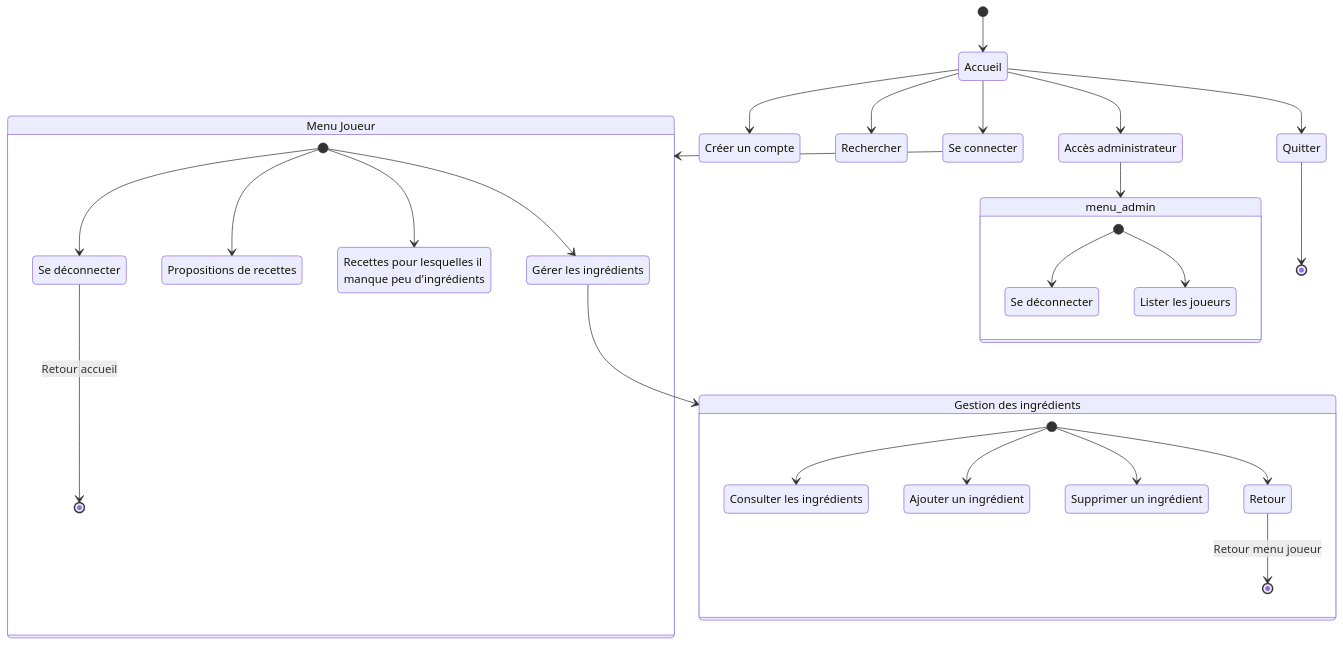
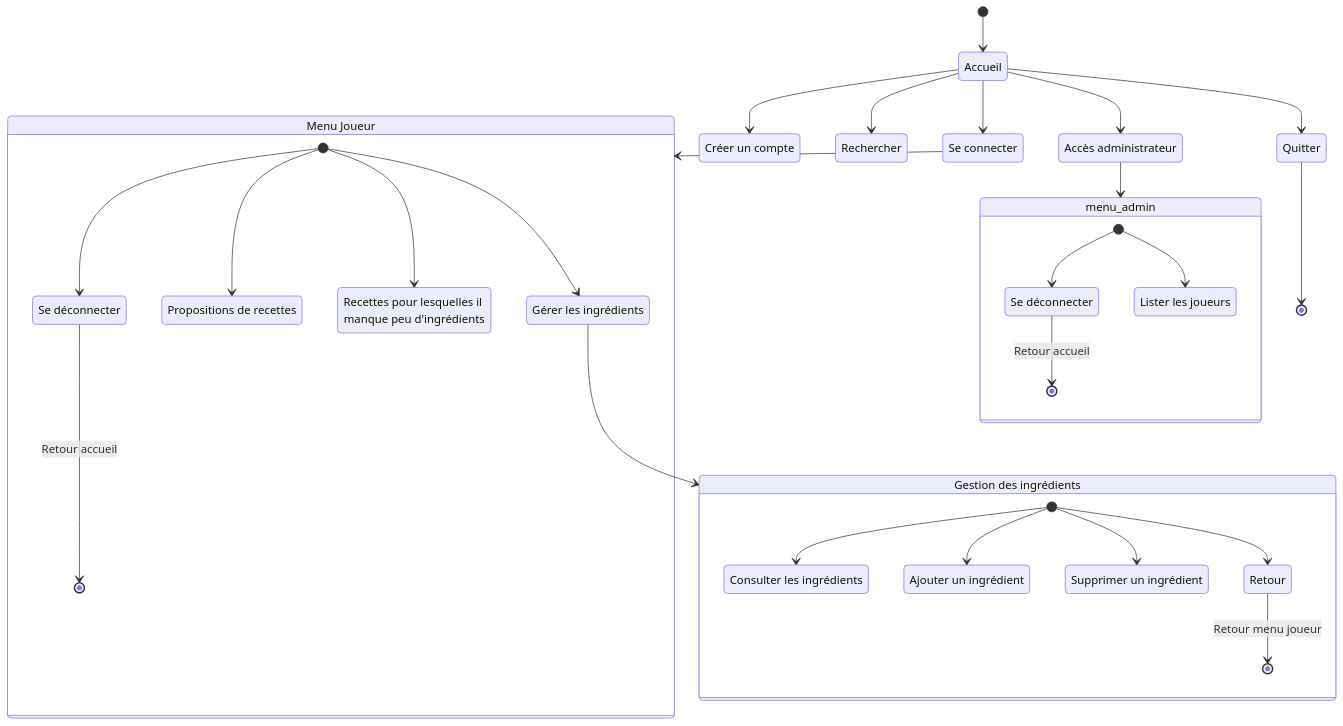
Before and after one commit to bbrunel/ENSAI-2A-projet-info: the diagram in doc/diag_activites.md, drawn with Mermaid.

Commit message:
Retour accueil admin diag act

````diff
--- a/doc/diag_activites.md
+++ b/doc/diag_activites.md
@@ -19,56 +19,57 @@
 ```mermaid
 stateDiagram
     login : Se connecter
     menu_joueur : Menu Joueur
     menu_ingr : Gestion des ingrédients
     logon : Créer un compte
     gerer_ingr : Gérer les ingrédients
     Consulter_les_ingrédients : Consulter les ingrédients
     Ajouter_un_ingrédient : Ajouter un ingrédient
     Supprimer_un_ingrédient : Supprimer un ingrédient
     recettes : Propositions de recettes
     rec_ingr_manquant : Recettes pour lesquelles il manque peu d'ingrédients
     logout : Se déconnecter
     admin : Accès administrateur
     admin_out : Se déconnecter
     list_joueurs : Lister les joueurs
     
     [*] --> Accueil
     
     Accueil --> Rechercher
 
     Accueil --> login
     login --> menu_joueur
     
     Accueil --> logon
 
     Accueil --> admin
     admin --> menu_admin
     
     Accueil --> Quitter
     Quitter --> [*]
 
     state menu_admin {
       [*] --> list_joueurs
       [*] --> admin_out
+      admin_out --> [*]: Retour accueil
     }
     
     state menu_joueur {
     	[*] --> gerer_ingr
       [*] --> recettes
       [*] --> rec_ingr_manquant
     	[*] --> logout
       logout --> [*]:Retour accueil
     }
 
   gerer_ingr --> menu_ingr
 
     state menu_ingr {
       [*] --> Consulter_les_ingrédients
       [*] --> Ajouter_un_ingrédient
       [*] --> Supprimer_un_ingrédient
       [*] --> Retour
       Retour --> [*]: Retour menu joueur
         
     }
 ```
````
